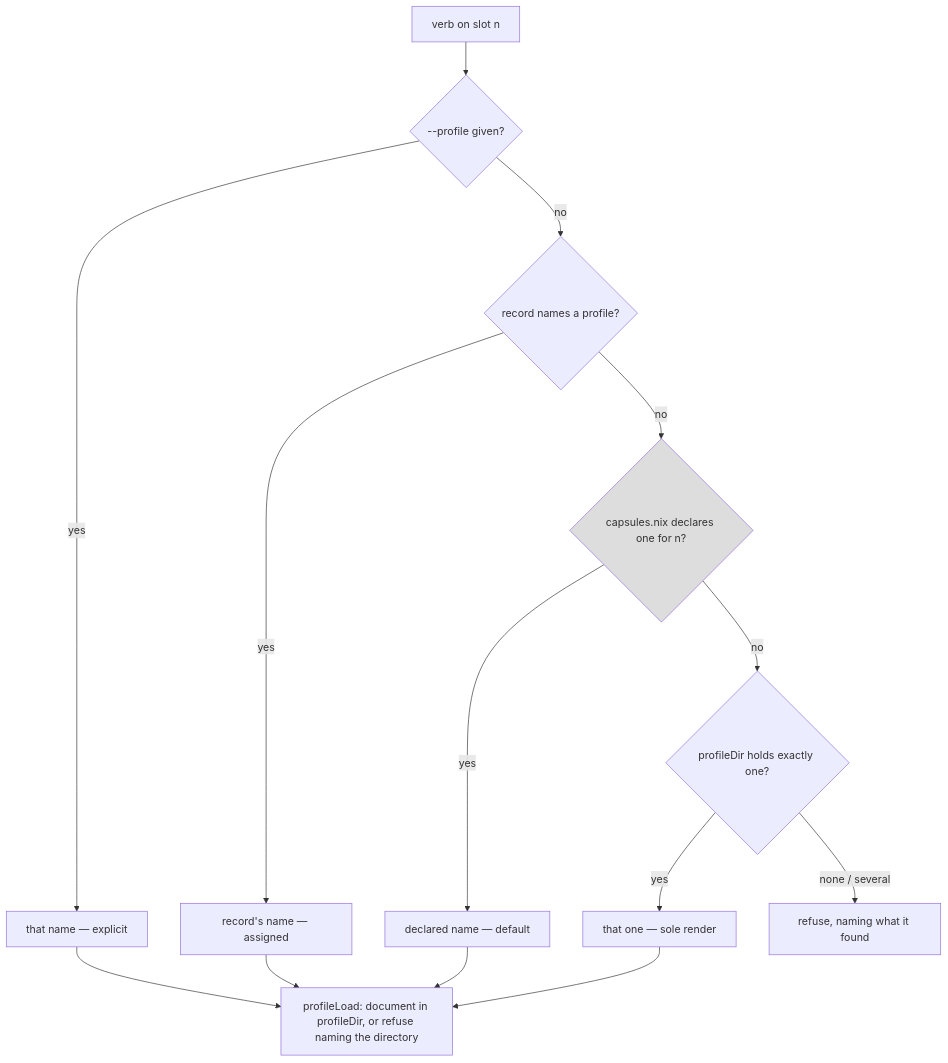
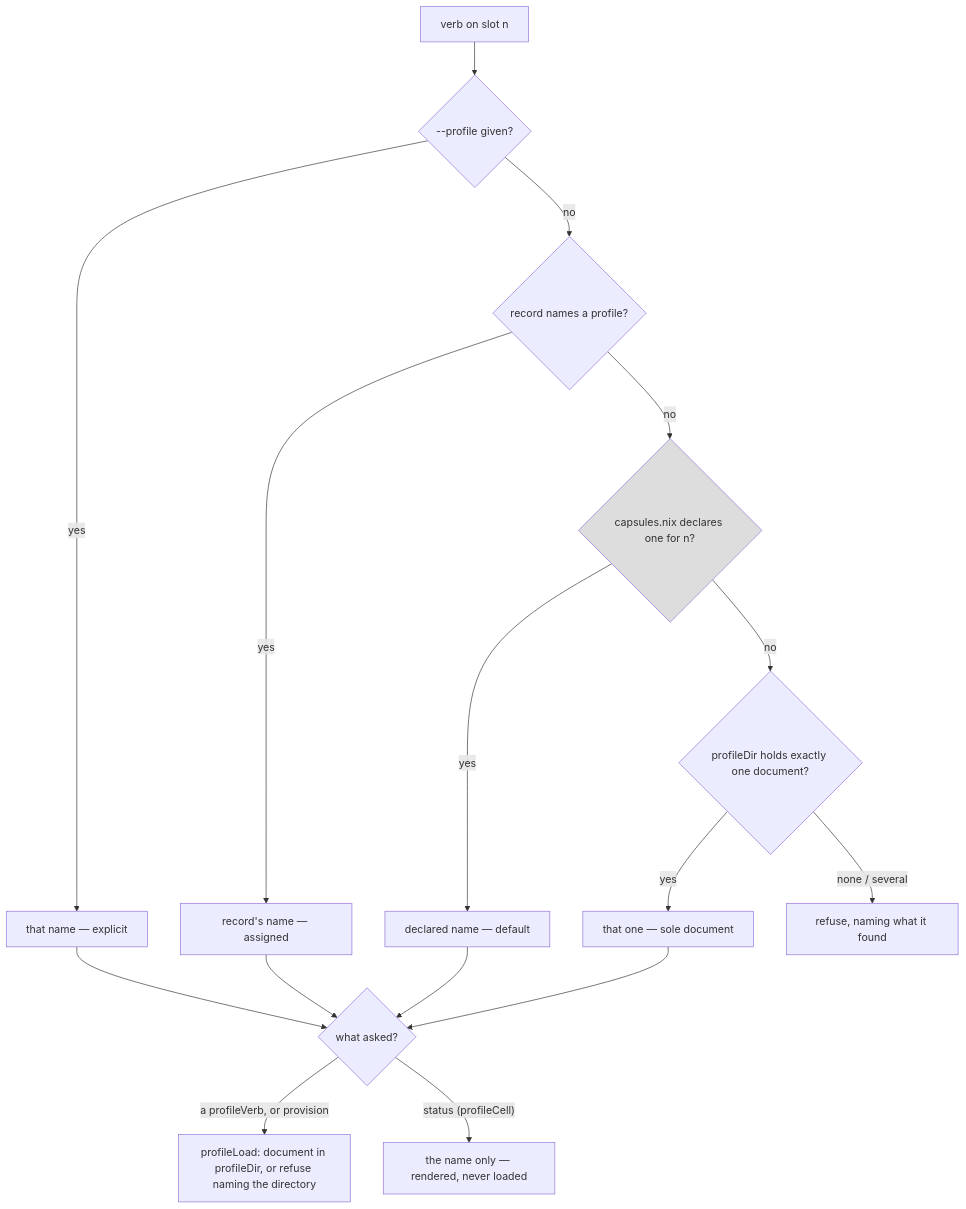
The first of 3 diagrams in .doctrine/slice/001/design.md (davidlee/oubliette), drawn with Mermaid before and after one commit. The commit also changed other lines of this file and 3 other files, not shown here.

````diff
--- a/.doctrine/slice/001/design.md
+++ b/.doctrine/slice/001/design.md
@@ -46,14 +62,16 @@
 ```mermaid
 flowchart TD
   A[verb on slot n] --> F{--profile given?}
   F -- yes --> R1[that name — explicit]
   F -- no --> REC{record names a profile?}
   REC -- yes --> R2[record's name — assigned]
   REC -- no --> DECL{capsules.nix declares one for n?}
   DECL -- yes --> R3[declared name — default]
-  DECL -- no --> ONE{profileDir holds exactly one?}
-  ONE -- yes --> R4[that one — sole render]
+  DECL -- no --> ONE{profileDir holds exactly one document?}
+  ONE -- yes --> R4[that one — sole document]
   ONE -- "none / several" --> X[refuse, naming what it found]
-  R1 & R2 & R3 & R4 --> L[profileLoad: document in profileDir, or refuse naming the directory]
+  R1 & R2 & R3 & R4 --> V{what asked?}
+  V -- "a profileVerb, or provision" --> L[profileLoad: document in profileDir, or refuse naming the directory]
+  V -- "status (profileCell)" --> C[the name only — rendered, never loaded]
   style DECL fill:#ddd
 ```
````
